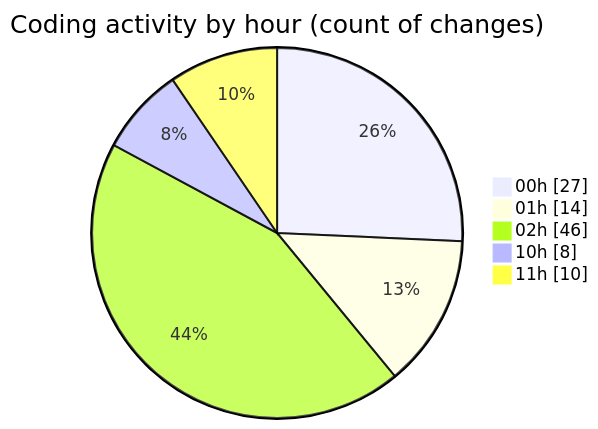
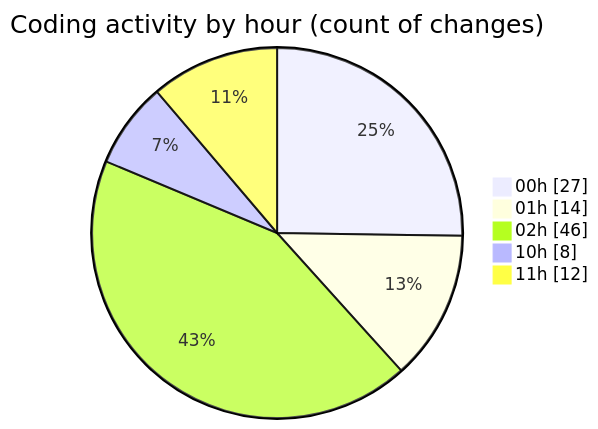
The second of 2 diagrams in 2025-07-17/nhahang/README.md (lephambinh05/code-tracking), drawn with Mermaid before and after one commit. The commit also changed other lines of this file and 1 other file, not shown here.

````diff
--- a/2025-07-17/nhahang/README.md
+++ b/2025-07-17/nhahang/README.md
@@ -58,9 +58,9 @@
 ```mermaid
 pie showData
 title Coding activity by hour (count of changes)
 "00h" : 27
 "01h" : 14
 "02h" : 46
 "10h" : 8
-"11h" : 10
+"11h" : 12
 ```
````
